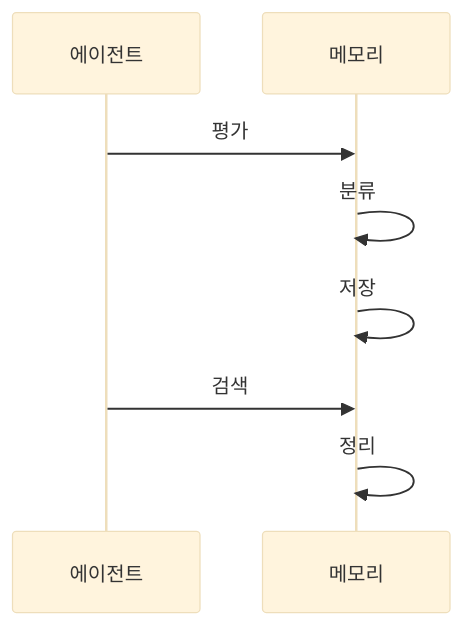
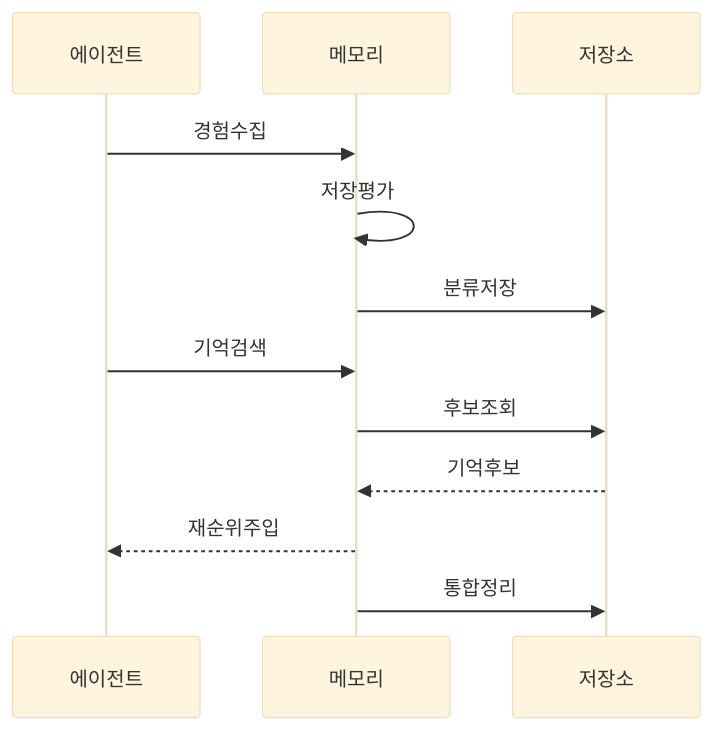
One commit to agnusdei1207/knowledge-base changed the second of 2 diagrams in src/content/docs/notes/08-latest-tech/016_agent_memory.md. Above: the diagram before and after it, drawn with Mermaid (base theme). The commit also changed other lines of this file and 31 other files, not shown here.

````diff
--- a/src/content/docs/notes/08-latest-tech/016_agent_memory.md
+++ b/src/content/docs/notes/08-latest-tech/016_agent_memory.md
@@ -63,10 +75,14 @@
 ```mermaid
 sequenceDiagram
     participant A as 에이전트
     participant M as 메모리
-    A->>M: 평가
-    M->>M: 분류
-    M->>M: 저장
-    A->>M: 검색
-    M->>M: 정리
+    participant S as 저장소
+    A->>M: 경험수집
+    M->>M: 저장평가
+    M->>S: 분류저장
+    A->>M: 기억검색
+    M->>S: 후보조회
+    S-->>M: 기억후보
+    M-->>A: 재순위주입
+    M->>S: 통합정리
 ```
````
